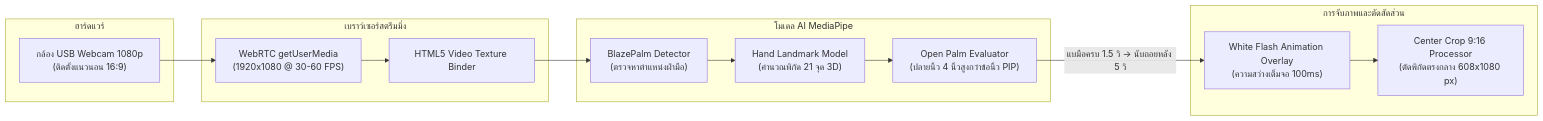
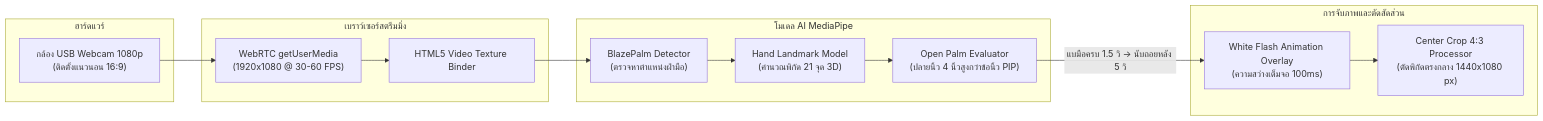
One commit to icelandz9/swu-openhouse changed the fourth of 6 diagrams in docs/task02-architecture/system-architecture-and-technical-design.md. Above: the diagram before and after it, drawn with Mermaid. The commit also changed other lines of this file and 18 other files, not shown here.

````diff
--- a/docs/task02-architecture/system-architecture-and-technical-design.md
+++ b/docs/task02-architecture/system-architecture-and-technical-design.md
@@ -154,30 +154,30 @@
 ```mermaid
 flowchart LR
     subgraph HW["ฮาร์ดแวร์"]
         Cam["กล้อง USB Webcam 1080p<br>(ติดตั้งแนวนอน 16:9)"]
     end
 
     subgraph BrowserStream["เบราว์เซอร์สตรีมมิ่ง"]
         Stream["WebRTC getUserMedia<br>(1920x1080 @ 30-60 FPS)"]
         VideoElement["HTML5 Video Texture Binder"]
     end
 
     subgraph AI_Engine["โมเดล AI MediaPipe"]
         BlazePalm["BlazePalm Detector<br>(ตรวจหาตำแหน่งฝ่ามือ)"]
         Landmarker["Hand Landmark Model<br>(คำนวณพิกัด 21 จุด 3D)"]
         GestureLogic["Open Palm Evaluator<br>(ปลายนิ้ว 4 นิ้วสูงกว่าข้อนิ้ว PIP)"]
     end
 
     subgraph CaptureEngine["การจับภาพและตัดสัดส่วน"]
-        Crop916["Center Crop 9:16 Processor<br>(ตัดพิกัดตรงกลาง 608x1080 px)"]
+        Crop43["Center Crop 4:3 Processor<br>(ตัดพิกัดตรงกลาง 1440x1080 px)"]
         WhiteFlash["White Flash Animation Overlay<br>(ความสว่างเต็มจอ 100ms)"]
     end
 
     Cam --> Stream
     Stream --> VideoElement
     VideoElement --> BlazePalm
     BlazePalm --> Landmarker
     Landmarker --> GestureLogic
     GestureLogic -->|"แบมือครบ 1.5 วิ → นับถอยหลัง 5 วิ"| WhiteFlash
-    WhiteFlash --> Crop916
+    WhiteFlash --> Crop43
 ```
````
